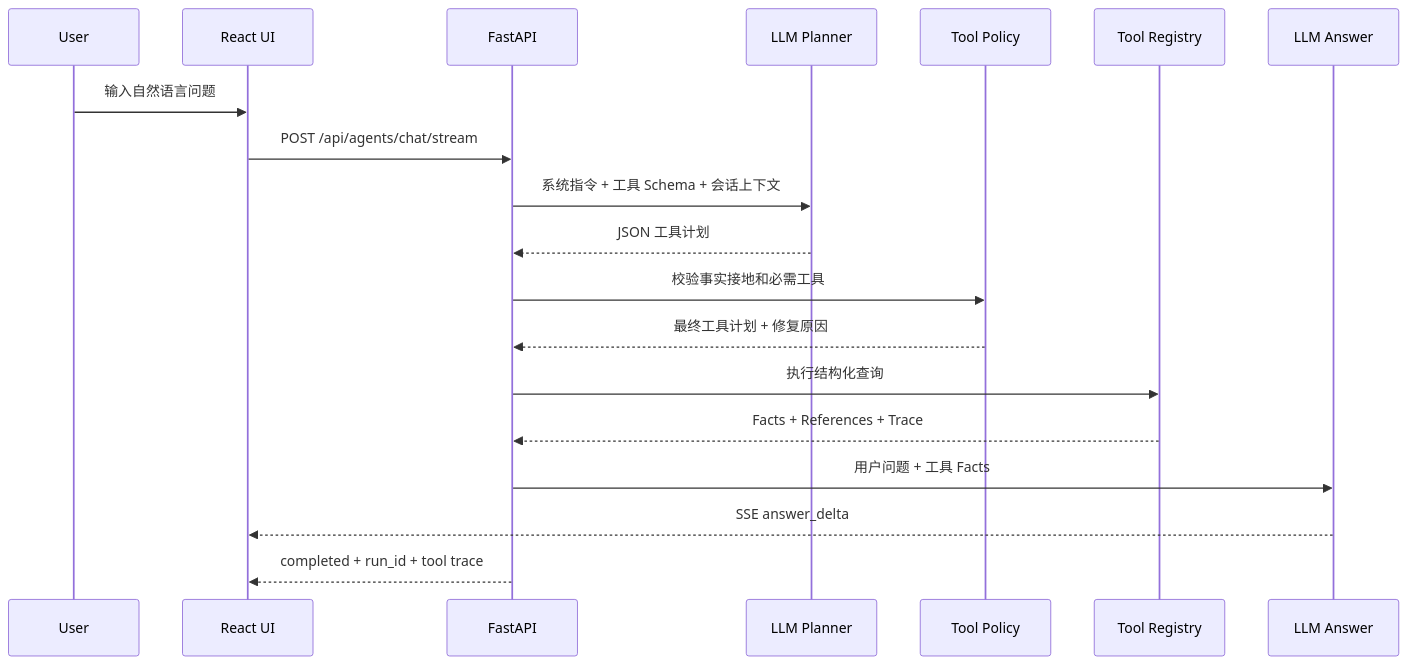
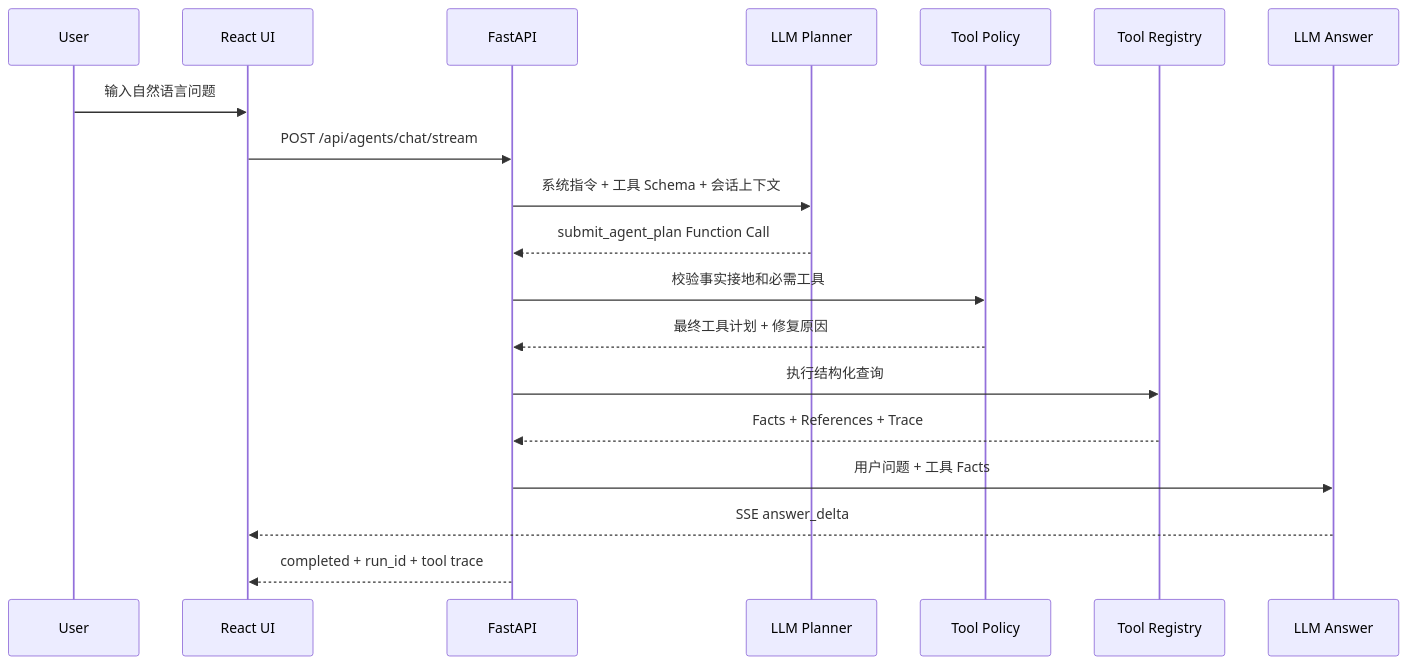
One commit to bibofu/LimitUpLab changed the second of 2 diagrams in README.md. Above: the diagram before and after it, drawn with Mermaid. The commit also changed other lines of this file and 9 other files, not shown here.

Commit message:
refactor: use native function calling for agent planner

````diff
--- a/README.md
+++ b/README.md
@@ -241,22 +241,22 @@
 ```mermaid
 sequenceDiagram
     participant User
     participant UI as React UI
     participant API as FastAPI
     participant Planner as LLM Planner
     participant Policy as Tool Policy
     participant Tools as Tool Registry
     participant Answer as LLM Answer
 
     User->>UI: 输入自然语言问题
     UI->>API: POST /api/agents/chat/stream
     API->>Planner: 系统指令 + 工具 Schema + 会话上下文
-    Planner-->>API: JSON 工具计划
+    Planner-->>API: submit_agent_plan Function Call
     API->>Policy: 校验事实接地和必需工具
     Policy-->>API: 最终工具计划 + 修复原因
     API->>Tools: 执行结构化查询
     Tools-->>API: Facts + References + Trace
     API->>Answer: 用户问题 + 工具 Facts
     Answer-->>UI: SSE answer_delta
     API-->>UI: completed + run_id + tool trace
 ```
````
